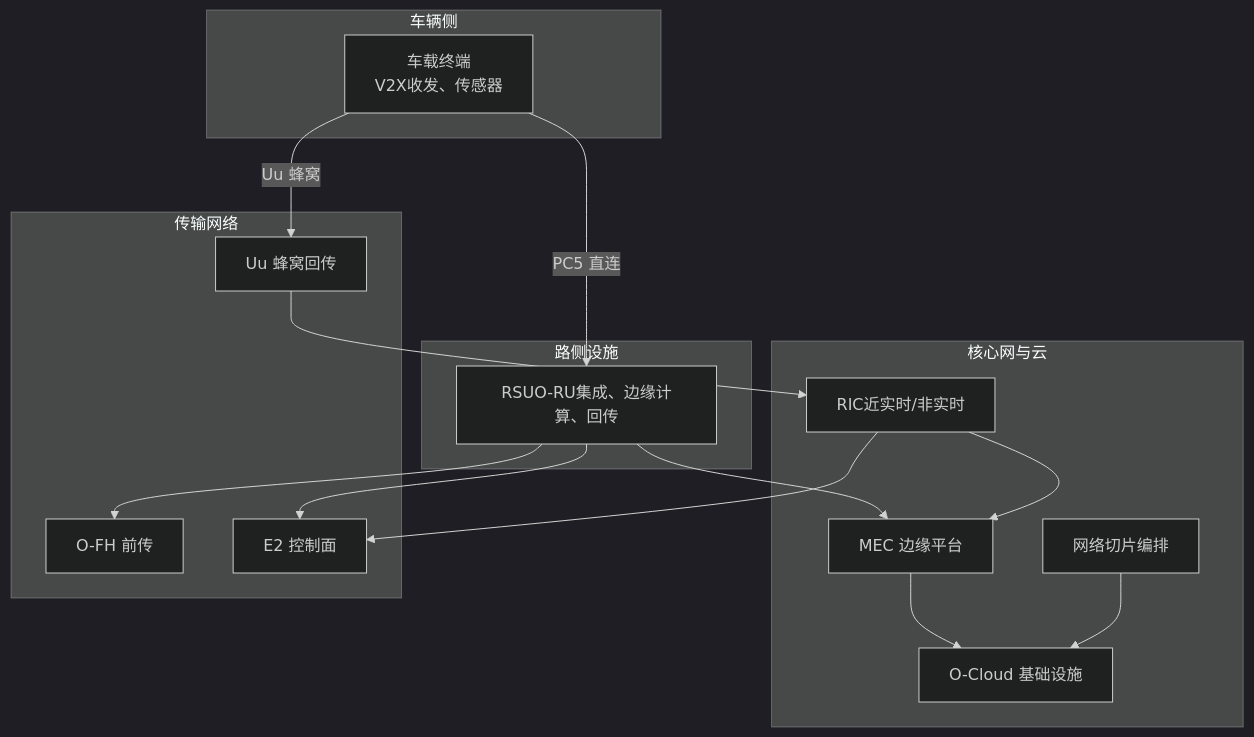
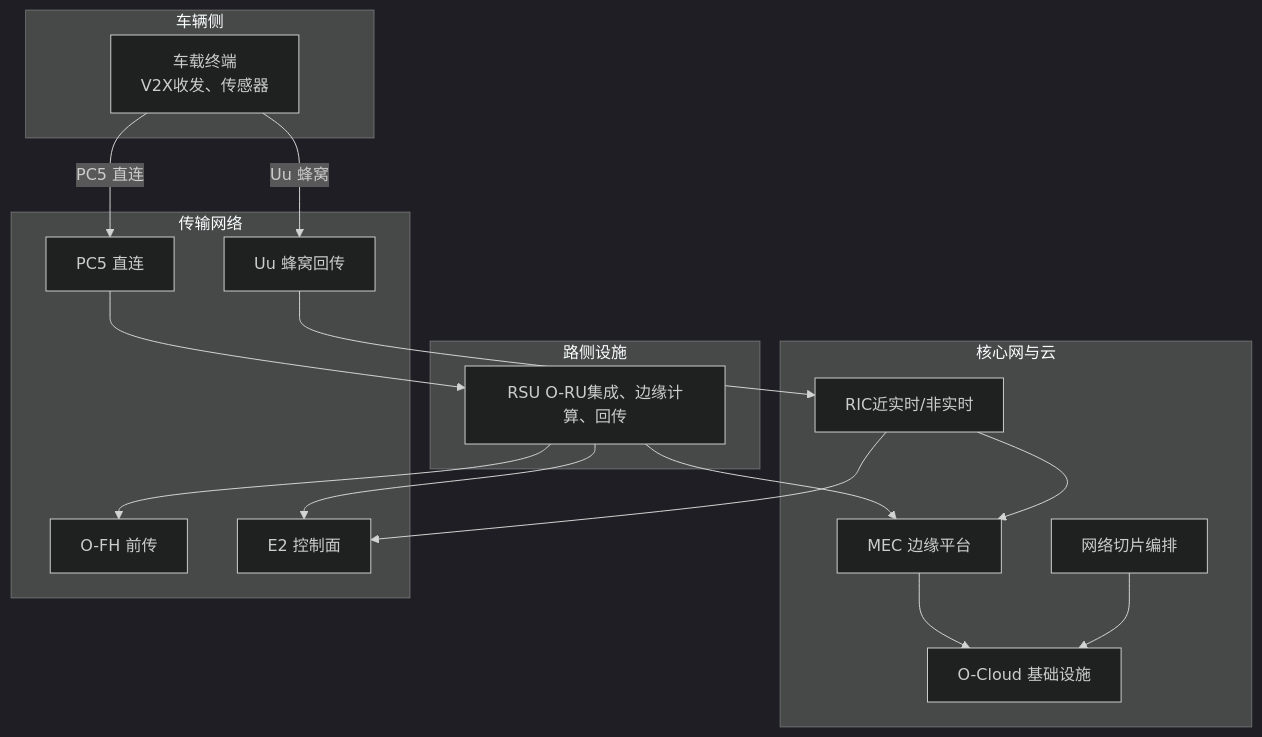
One commit to allengaller/oran-database changed the second of 4 diagrams in .qoder/repowiki/zh/content/应用场景/连接车辆应用.md. Above: the diagram before and after it, drawn with Mermaid (dark theme). The commit also changed other lines of this file and 32 other files, not shown here.

````diff
--- a/.qoder/repowiki/zh/content/应用场景/连接车辆应用.md
+++ b/.qoder/repowiki/zh/content/应用场景/连接车辆应用.md
@@ -76,30 +94,32 @@
 ```mermaid
 graph TB
 subgraph "车辆侧"
 V["车载终端<br/>V2X收发、传感器"]
 end
 subgraph "路侧设施"
-RSU["RSUO-RU集成、边缘计算、回传"]
+RSU["RSU O-RU集成、边缘计算、回传"]
 end
 subgraph "核心网与云"
 O_Cloud["O-Cloud 基础设施"]
 Slice["网络切片编排"]
 RIC["RIC近实时/非实时"]
 MEC["MEC 边缘平台"]
 end
 subgraph "传输网络"
 FH["O-FH 前传"]
 E2["E2 控制面"]
 Uu["Uu 蜂窝回传"]
+PC5["PC5 直连"]
 end
-V --> |"PC5 直连"| RSU
+V --> |"PC5 直连"| PC5
 V --> |"Uu 蜂窝"| Uu
+PC5 --> RSU
 RSU --> FH
 RSU --> E2
 RSU --> MEC
 MEC --> O_Cloud
 Slice --> O_Cloud
 RIC --> E2
 RIC --> MEC
 Uu --> RIC
 ```
````
